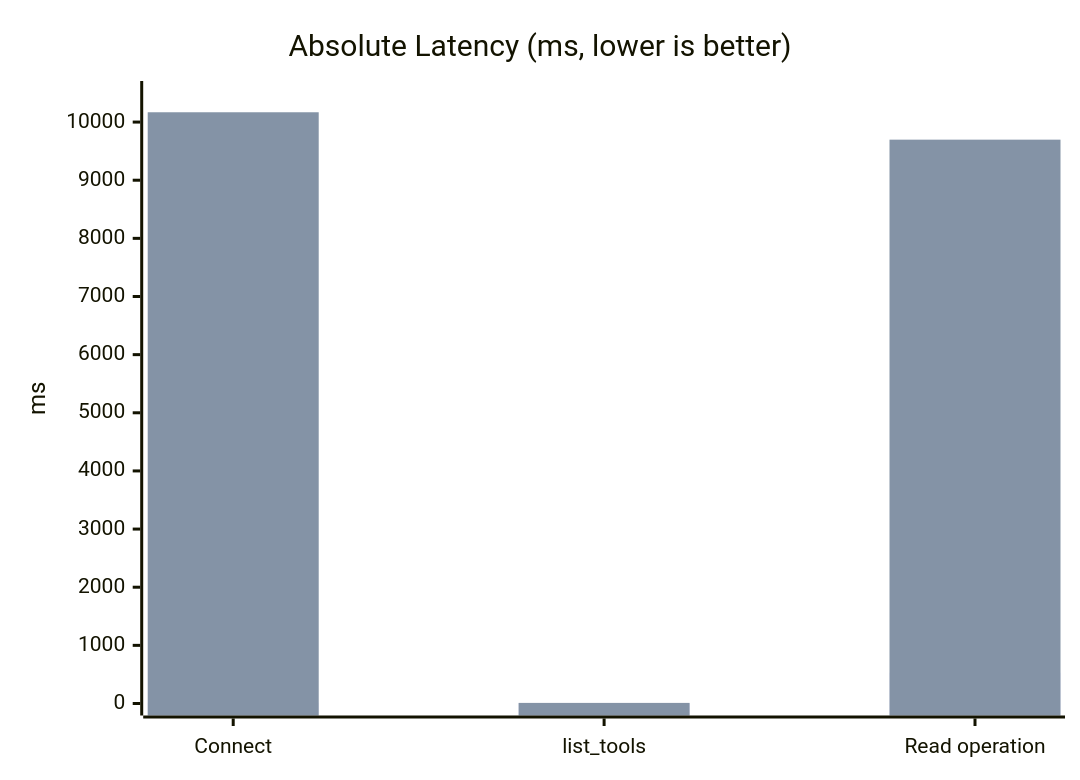
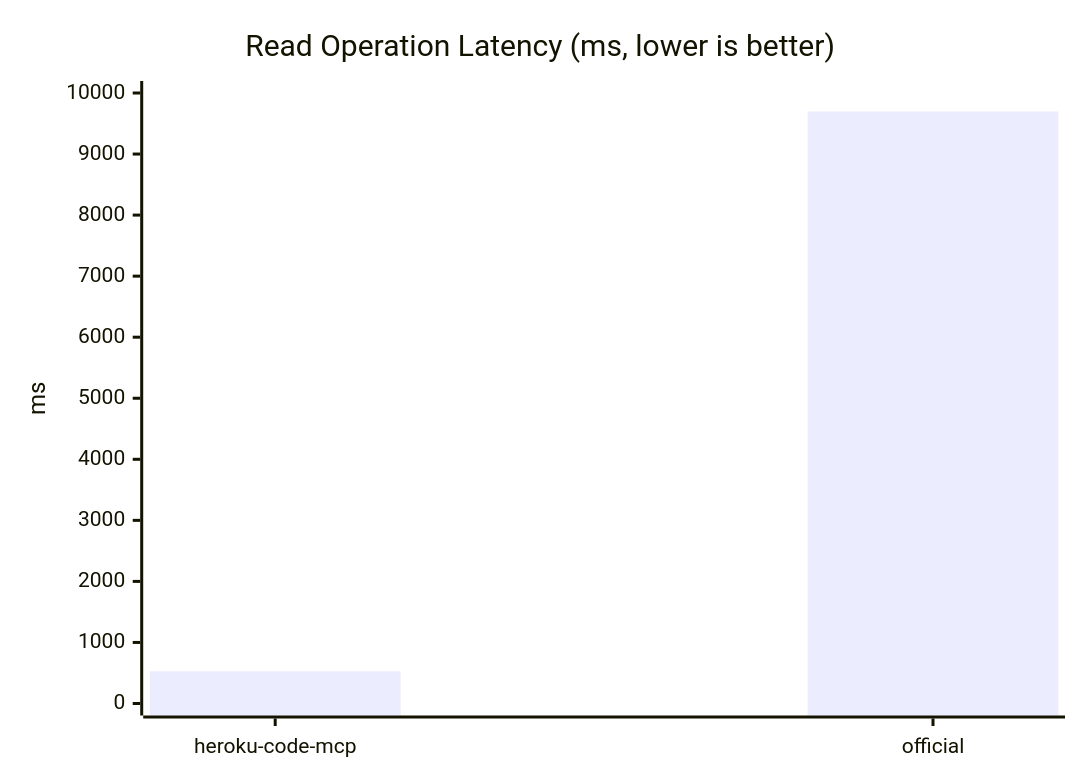
One commit to dsouzaAnush/heroku-code-mcp changed the fifth of 5 diagrams in README.md. Above: the diagram before and after it, drawn with Mermaid. The commit also changed other lines of this file and 1 other file, not shown here.

Commit message:
Improve benchmark graph readability and use official naming

````diff
--- a/README.md
+++ b/README.md
@@ -83,8 +101,7 @@
 ```mermaid
 xychart-beta
-    title "Absolute Latency (ms, lower is better)"
-    x-axis ["Connect", "list_tools", "Read operation"]
-    y-axis "ms" 0 --> 10500
-    bar "heroku-code-mcp" [14.8, 4.3, 528.0]
-    bar "heroku mcp:start" [10168.7, 10.3, 9697.4]
+    title "Read Operation Latency (ms, lower is better)"
+    x-axis ["heroku-code-mcp", "official"]
+    y-axis "ms" 0 --> 10000
+    bar [528.0, 9697.4]
 ```
````
